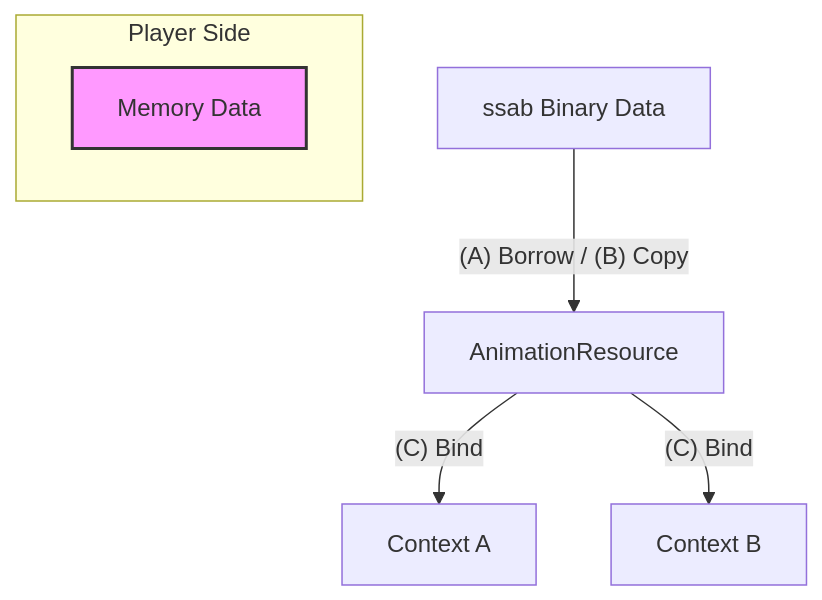
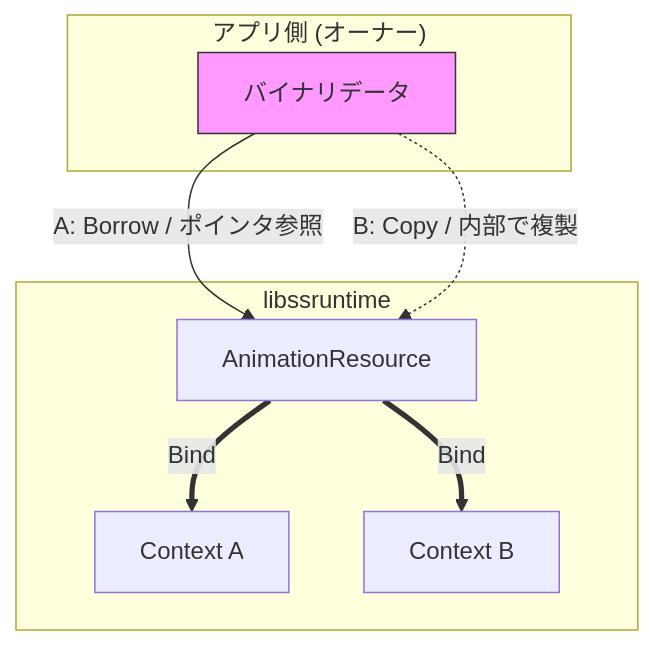
One commit to cri-middleware/SpriteStudio-SDK changed the diagram in libs/ssruntime/docs/05_initialization.ja.md. Above: the diagram before and after it, drawn with Mermaid. The commit also changed 4 other files, not shown here.

Commit message:
improve mermaid figures

````diff
--- a/libs/ssruntime/docs/05_initialization.ja.md
+++ b/libs/ssruntime/docs/05_initialization.ja.md
@@ -82,12 +82,21 @@
 ```mermaid
 graph TD
-    Data[ssab Binary Data] -- (A) Borrow / (B) Copy --> Res[AnimationResource]
-    Res -- (C) Bind --> Ctx1[Context A]
-    Res -- (C) Bind --> Ctx2[Context B]
-    
-    subgraph "Player Side"
-        PData[Memory Data]
+    subgraph Owner ["アプリ側 (オーナー)"]
+        Raw[バイナリデータ]
     end
 
-    style PData fill:#f9f,stroke:#333,stroke-width:2px
+    subgraph Lib ["libssruntime"]
+        Res[AnimationResource]
+        CtxA[Context A]
+        CtxB[Context B]
+    end
+
+    Raw -->|A: Borrow / ポインタ参照| Res
+    Raw -.->|B: Copy / 内部で複製| Res
+    
+    Res ==>|Bind| CtxA
+    Res ==>|Bind| CtxB
+
+    classDef owner fill:#f9f,stroke:#333;
+    class Raw owner;
 ```
````
